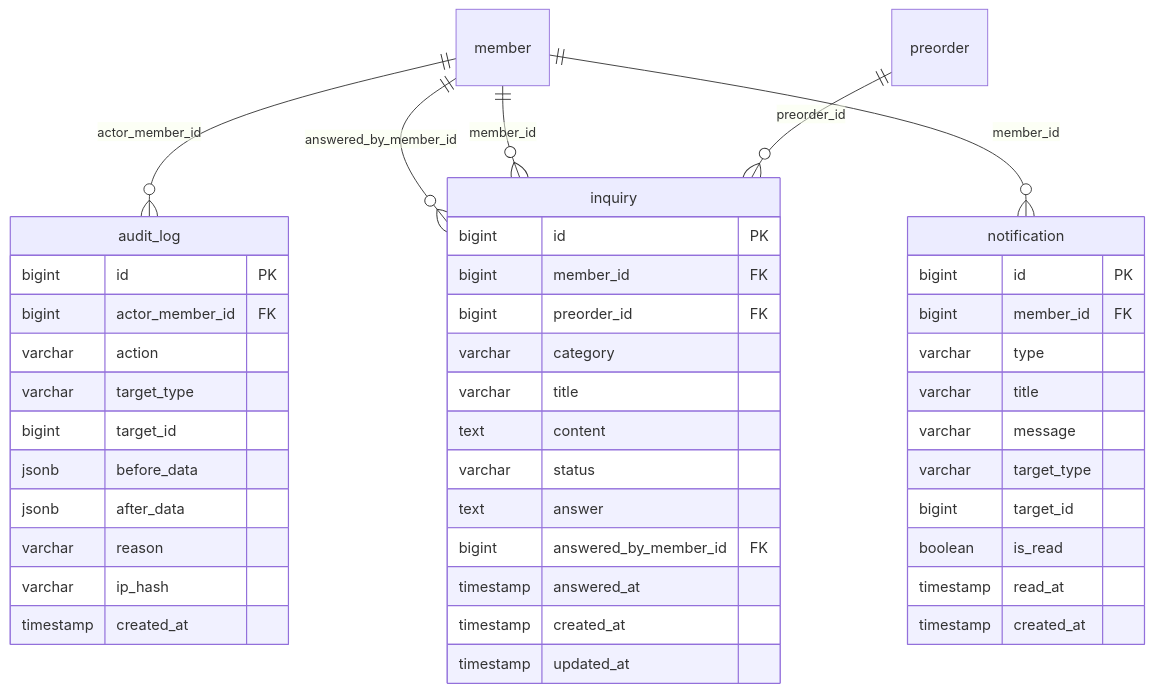
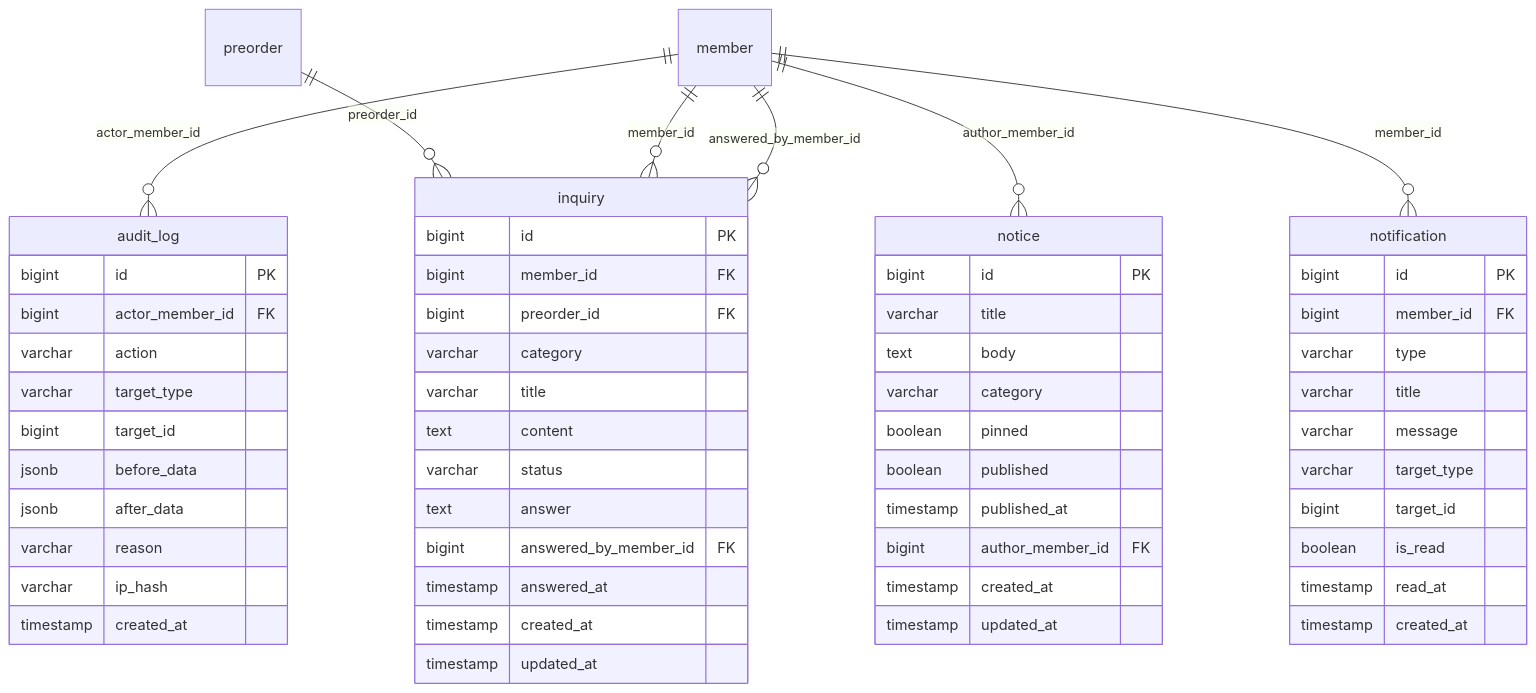
Before and after one commit to yoo-jin-k/movrit-backend: the diagram in docs/erd/06_운영_공통.mmd, drawn with Mermaid. The commit also changed 14 other files, not shown here.

```diff
--- a/docs/erd/06_운영_공통.mmd
+++ b/docs/erd/06_운영_공통.mmd
@@ -1,45 +1,58 @@
-%% 알림·문의·감사 — scripts/generate-erd.py로 생성
+%% 알림·문의·감사·공지 — scripts/generate-erd.py로 생성
 erDiagram
+  notice {
+    bigint id PK
+    varchar title
+    text body
+    varchar category
+    boolean pinned
+    boolean published
+    timestamp published_at
+    bigint author_member_id FK
+    timestamp created_at
+    timestamp updated_at
+  }
   notification {
     bigint id PK
     bigint member_id FK
     varchar type
     varchar title
     varchar message
     varchar target_type
     bigint target_id
     boolean is_read
     timestamp read_at
     timestamp created_at
   }
   inquiry {
     bigint id PK
     bigint member_id FK
     bigint preorder_id FK
     varchar category
     varchar title
     text content
     varchar status
     text answer
     bigint answered_by_member_id FK
     timestamp answered_at
     timestamp created_at
     timestamp updated_at
   }
   audit_log {
     bigint id PK
     bigint actor_member_id FK
     varchar action
     varchar target_type
     bigint target_id
     jsonb before_data
     jsonb after_data
     varchar reason
     varchar ip_hash
     timestamp created_at
   }
   member ||--o{ audit_log : "actor_member_id"
   member ||--o{ inquiry : "answered_by_member_id"
   member ||--o{ inquiry : "member_id"
   preorder ||--o{ inquiry : "preorder_id"
+  member ||--o{ notice : "author_member_id"
   member ||--o{ notification : "member_id"
```
